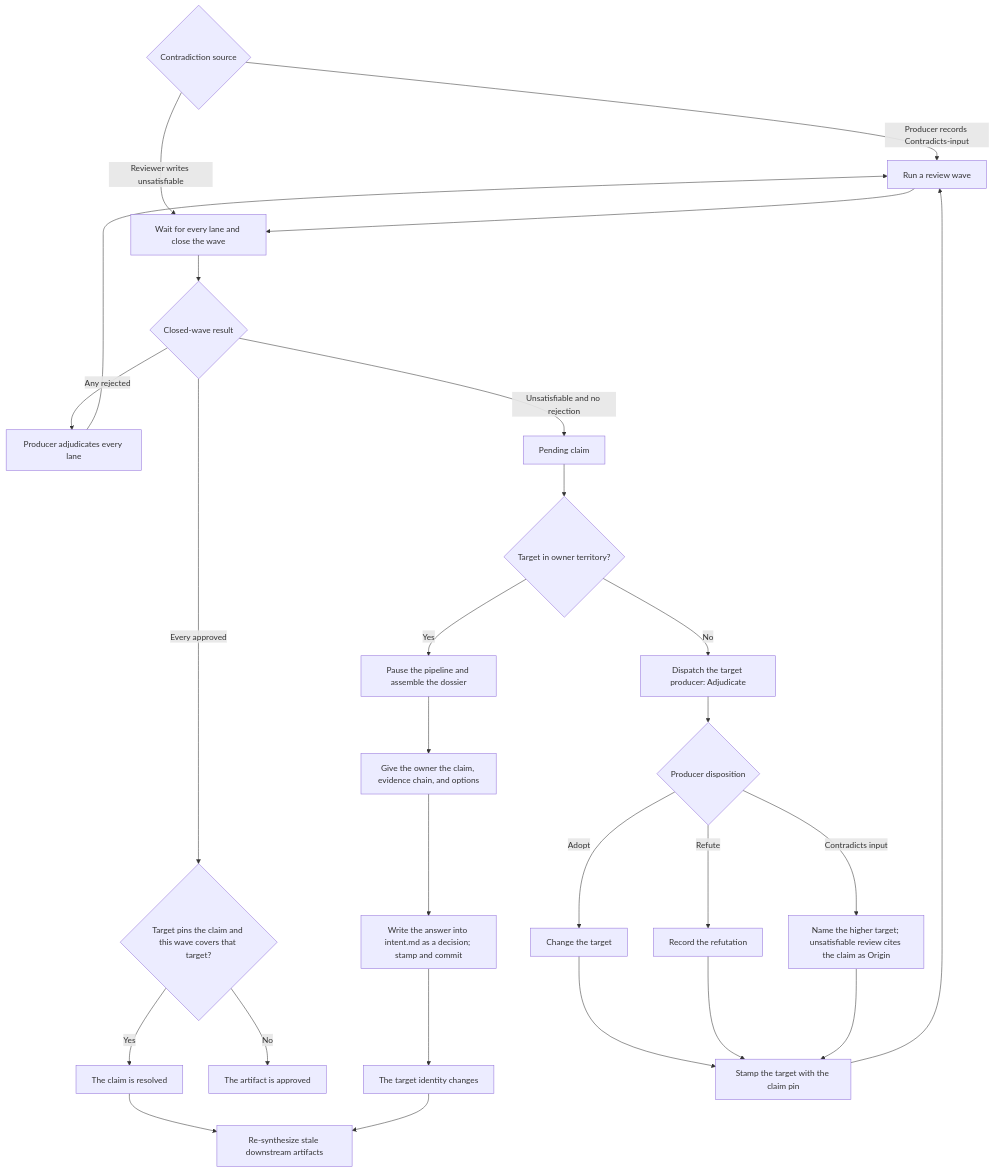
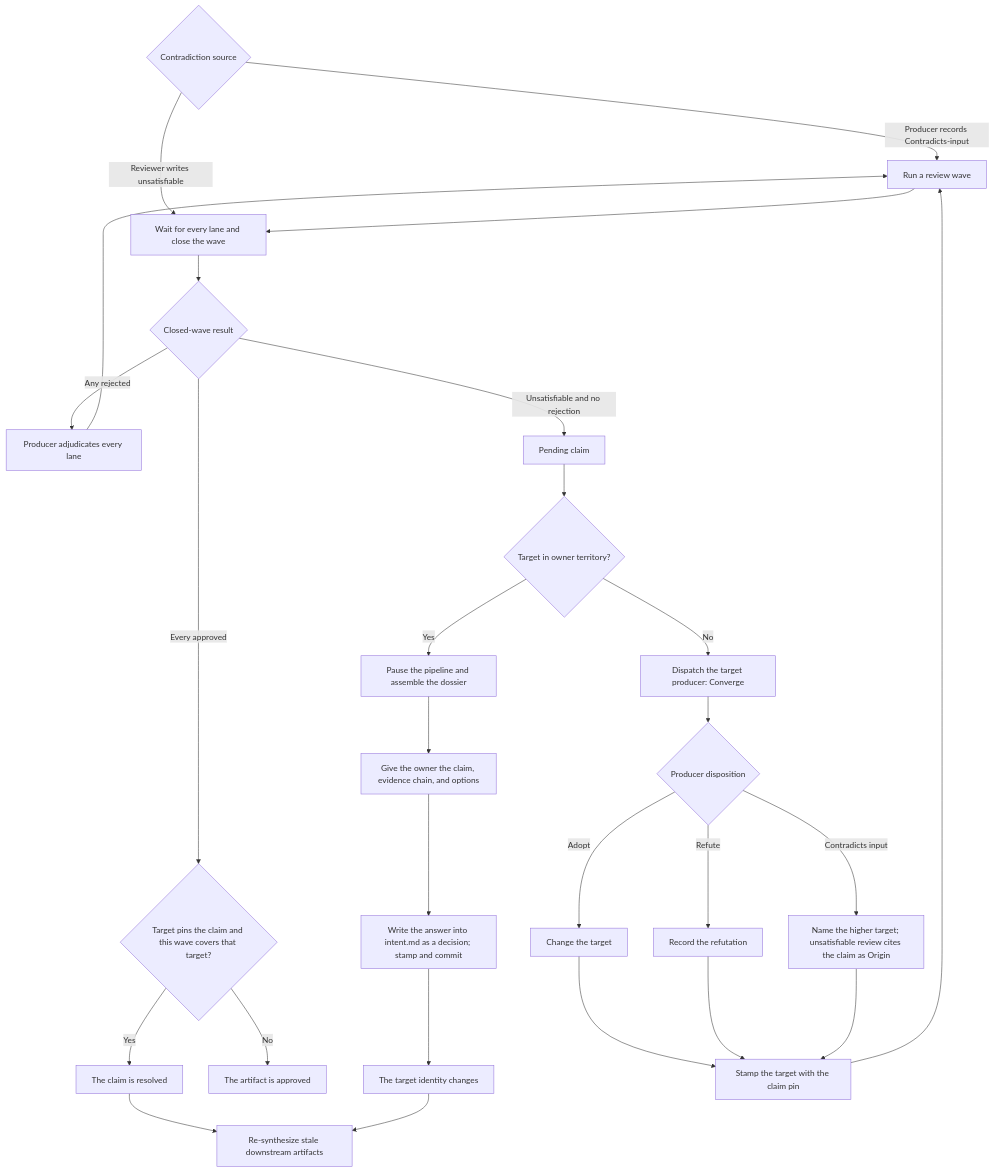
The diagram in docs/flowcharts/escalation.md (Automattic/radical-pipelines), drawn with Mermaid before and after one commit. The commit also changed 17 other files, not shown here.

First line of the commit message:
Producers converge: one mode for synthesis and adjudication; a pending challenge makes its target unconverged instead of jumping the frontier

````diff
--- a/docs/flowcharts/escalation.md
+++ b/docs/flowcharts/escalation.md
@@ -5,29 +5,29 @@
 ```mermaid
 flowchart TD
     START{"Contradiction source"} -->|Producer records Contradicts-input| A["Run a review wave"]
     START -->|Reviewer writes unsatisfiable| C
     A --> C["Wait for every lane and close the wave"]
     C --> D{"Closed-wave result"}
     D -->|Any rejected| E["Producer adjudicates every lane"]
     E --> A
     D -->|Every approved| F{"Target pins the claim and this wave covers that target?"}
     F -->|Yes| RESOLVED["The claim is resolved"]
     F -->|No| APPROVED["The artifact is approved"]
     D -->|Unsatisfiable and no rejection| G["Pending claim"]
     G --> H{"Target in owner territory?"}
     H -->|Yes| I["Pause the pipeline and assemble the dossier"]
     I --> J["Give the owner the claim, evidence chain, and options"]
     J --> K["Write the answer into intent.md as a decision; stamp and commit"]
     K --> CHANGED["The target identity changes"]
-    H -->|No| N["Dispatch the target producer: Adjudicate"]
+    H -->|No| N["Dispatch the target producer: Converge"]
     N --> O{"Producer disposition"}
     O -->|Adopt| P["Change the target"]
     O -->|Refute| Q["Record the refutation"]
     O -->|Contradicts input| R["Name the higher target; unsatisfiable review cites the claim as Origin"]
     P --> S["Stamp the target with the claim pin"]
     Q --> S
     R --> S
     S --> A
     RESOLVED --> CASCADE
     CHANGED --> CASCADE["Re-synthesize stale downstream artifacts"]
 ```
````
